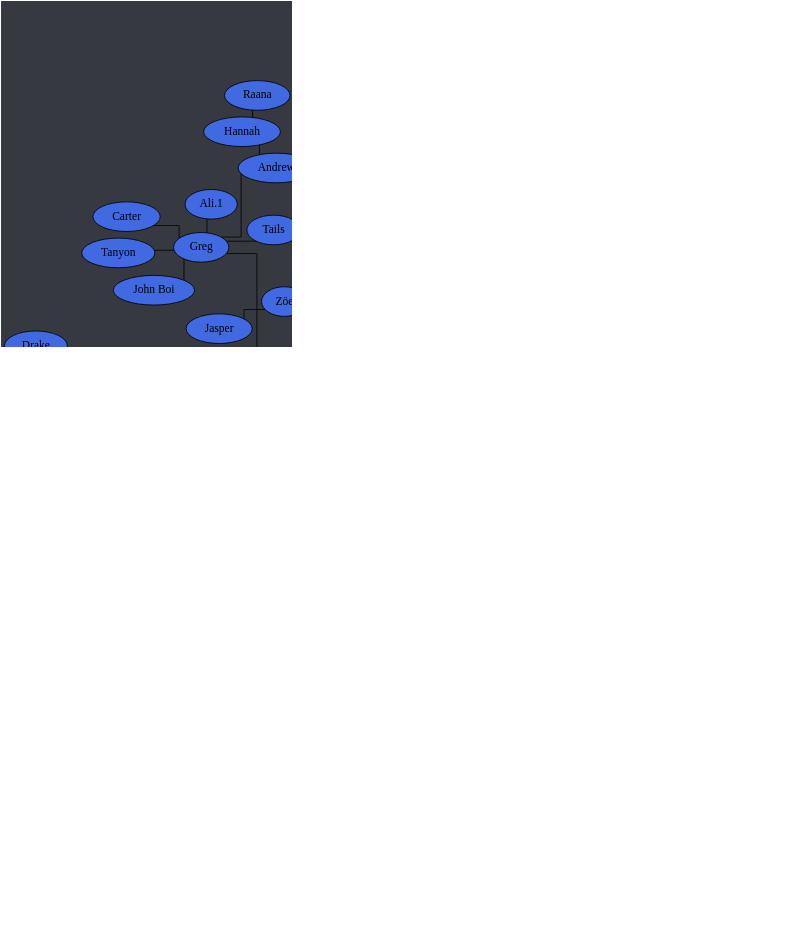
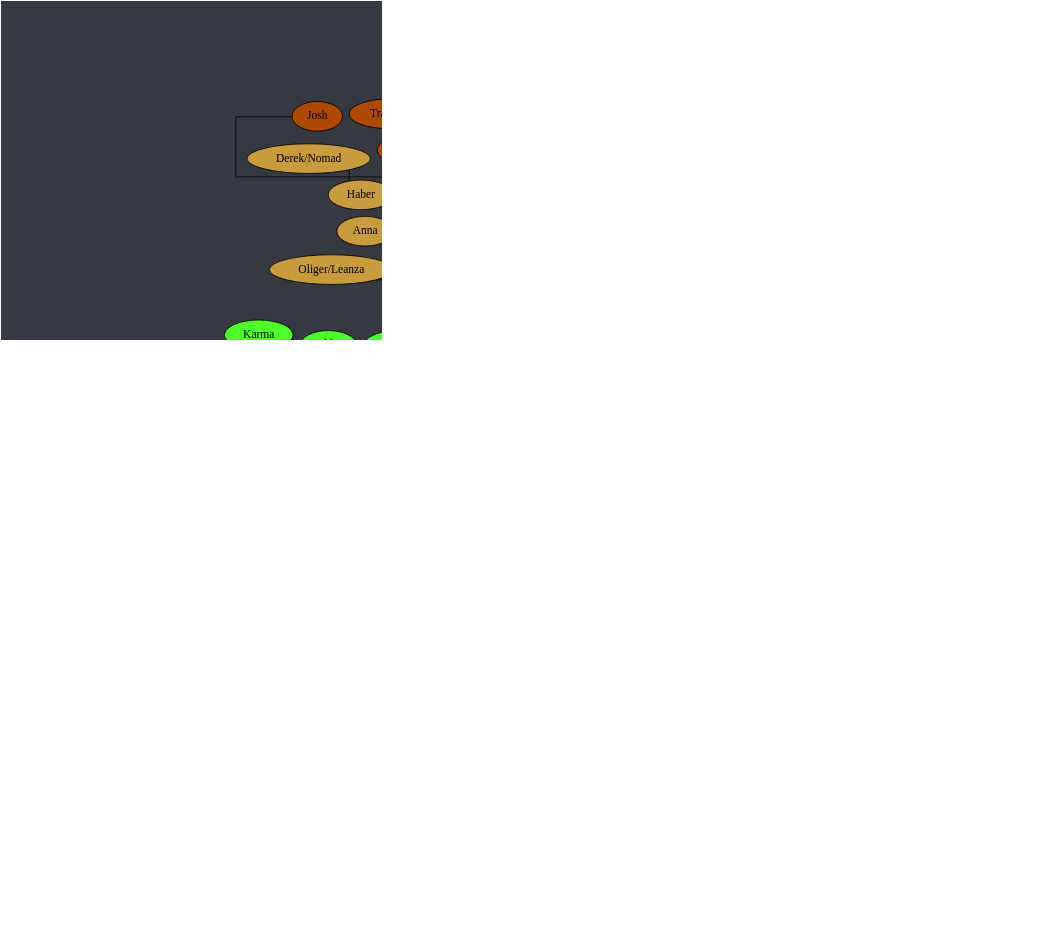
Before and after one commit to Documidas/CoronaCatzFamilyTree: the diagram in tree.dot, drawn with Graphviz. The commit also changed 1 other file, not shown here.

Commit message:
Add Gracie

```diff
--- a/tree.dot
+++ b/tree.dot
@@ -1,176 +1,177 @@
 strict graph {
 	// Layout Configuration
 	layout = neato;
 	dpi = 200;
 	epsilon = 0.01;
 	mode = major;
 	model = subset;
 	overlap = false;
 	splines = ortho;
 	start = rand;
 
 	// Visual Configuration
 	graph [ truecolor=true bgcolor="#36393f" ];
 	node [ style=filled fillcolor="gray" fontcolor="black" ];
 
 	subgraph "Joel" {
 		node [ style=filled fillcolor="firebrick4" fontcolor="white" ];
 		Joel [ style=filled fillcolor="gold" fontcolor="black" ];
 
 		Cayla -- "Ali.2";
 		Cayla -- Jonathan;
 		Cayla -- Kate;
 		Cayla -- Ranger;
 		Joel -- Anders;
 		Joel -- Cayla;
 		Joel -- Conner;
 		Joel -- Jared;
 		Joel -- Kat;
 		Joel -- Patrick;
 		Joel -- Steven;
 	}
 
 	subgraph "Anders" {
 		node [ style=filled fillcolor="green4" fontcolor="white" ];
 		// Anders [ style=filled fillcolor="green4" fontcolor="white" ];
 
 		Anders -- Chiara;
 		Anders -- Cody;
 		Anders -- Daniel;
 		Anders -- "Derek/Yaupon";
 		Anders -- DJ;
 		Anders -- Hahnur;
 		Anders -- Jen;
 		Anders -- Matt;
 		Anders -- Solis;
 		Anders -- Will;
 		Anders -- Wyatt;
 		Anders -- Zach;
 	}
 
 	subgraph "Jared" {
 		node [ style=filled fillcolor="royalblue" fontcolor="black" ];
 		// Jared [ style=filled fillcolor="royalblue" fontcolor="black" ];
 
 		Andrew -- Hannah;
 		Dave -- Everett;
 		Donnie -- Bryan;
 		Donnie -- Troy;
 		Greg -- "Ali.1";
 		Greg -- Andrew;
 		Greg -- Carter;
 		Greg -- "John Boi";
 		Greg -- Tails;
 		Greg -- Tanyon;
 		Hannah -- Raana;
 		Jared -- Brandi;
 		Jared -- Dave;
 		Jared -- Donnie;
 		Jared -- Fabi;
 		Jared -- "Jack.2";
 		Jared -- Cole;
 		Jared -- Fitz;
 		Jared -- Kamon;
 		Jared -- Greg;
 		Jared -- Isabelle;
 		Jared -- Mason;
 		Jared -- Matt;
 		Jared -- Mehmet;
 		Jared -- Nam;
 		Jared -- Shannon;
 		Jared -- Spencer;
 		Jared -- Tyler;
 		Jared -- "Zach/Laniakea";
 		Jared -- "Zöe";
 		Troy -- Drake;
 		Tyler -- Gaby;
 		"Zöe" -- Jasper;
 	}
 
 	subgraph "Zach/Laniakea" {
 		node [ style=filled fillcolor="#4eff2c" fontcolor="black" ];
 		// "Zach/Laniakea" [ style=filled fillcolor="#4eff2c" fontcolor="black" ];
 
 		"Caio.2" -- "Kyle.1";
 		"Caio.2" -- Lucas;
 		Kuri -- Drew;
 		Kuri -- Jon;
 		Kuri -- Karma;
+		"Ryan/Wenger" -- Gracie;
 		"Zach/Laniakea" -- Allen;
 		"Zach/Laniakea" -- "Caio.2";
 		"Zach/Laniakea" -- Colin;
 		"Zach/Laniakea" -- John;
 		"Zach/Laniakea" -- Logan;
 		"Zach/Laniakea" -- Kevin;
 		"Zach/Laniakea" -- Kuri;
 		"Zach/Laniakea" -- "Kyle.0";
 		"Zach/Laniakea" -- Mike;
 		"Zach/Laniakea" -- "Ryan/Wenger";
 		"Zach/Laniakea" -- "Ukko";
 	}
 
 	subgraph "John" {
 		node [ style=filled fillcolor="#c89b3c" fontcolor="black" ];
 		// John [ style=filled fillcolor="#c89b3c" fontcolor="black" ];
 
 		Haber -- "Derek/Nomad";
 		John -- Anna;
 		John -- Emily;
 		John -- Haber;
 		John -- Jay;
 		John -- Jack;
 		John -- Lara;
 		John -- Monarch;
 		John -- "Oliger/Leanza";
 		John -- Thomas;
 	}
 
 	subgraph "John-stream" {
 		// node [ style=filled fillcolor="#9147ff" fontcolor="black" ];
 		node [ style=filled fillcolor="#c89b3c" fontcolor="black" ];
 
 		John -- "Michael/Wheezy";
 	}
 
 	subgraph "Thomas" {
 		node [ style=filled fillcolor="#b04900" fontcolor="black" ];
 		// Thomas [ style=filled fillcolor="#b04900" fontcolor="black" ];
 
 		Thomas -- Alex;
 		Thomas -- Bob;
 		Thomas -- JD;
 		Thomas -- Josh;
 		Thomas -- Juan;
 		Thomas -- Michael;
 		Thomas -- Taylor;
 		Thomas -- Tony;
 		Thomas -- "Travis.1";
 		Thomas -- "Travis.2";
 		Tony -- GT;
 	}
 
 	subgraph "Alex" {
 		node [ style=filled fillcolor="#6f2da8" fontcolor="white" ];
 		// Alex [ style=filled fillcolor="#6f2da8" fontcolor="black" ];
 
 		Alex -- "Alex/Blitt";
 		Alex -- "Da'Von";
 		Alex -- Sam;
 		"Alex/Blitt" -- Alan;
 		"Alex/Blitt" -- "Alex the 3rd";
 		"Alex/Blitt" -- Brian;
 		"Alex/Blitt" -- Carlos;
 		"Alex/Blitt" -- Chris;
 		"Alex/Blitt" -- Frank;
 		"Alex/Blitt" -- Gabriel;
 		"Alex/Blitt" -- "Kyle.3";
 		"Alex/Blitt" -- Laske;
 		"Alex/Blitt" -- "Ryan.1";
 		"Alex/Blitt" -- "Sam.2";
 		"Da'Von" -- Dalton;
 		"Da'Von" -- Dalyn;
 		"Da'Von" -- Zeller;
 		Dalton -- Graysen;
 		Gabriel -- "Ryan.2";
 	}
 }
```
